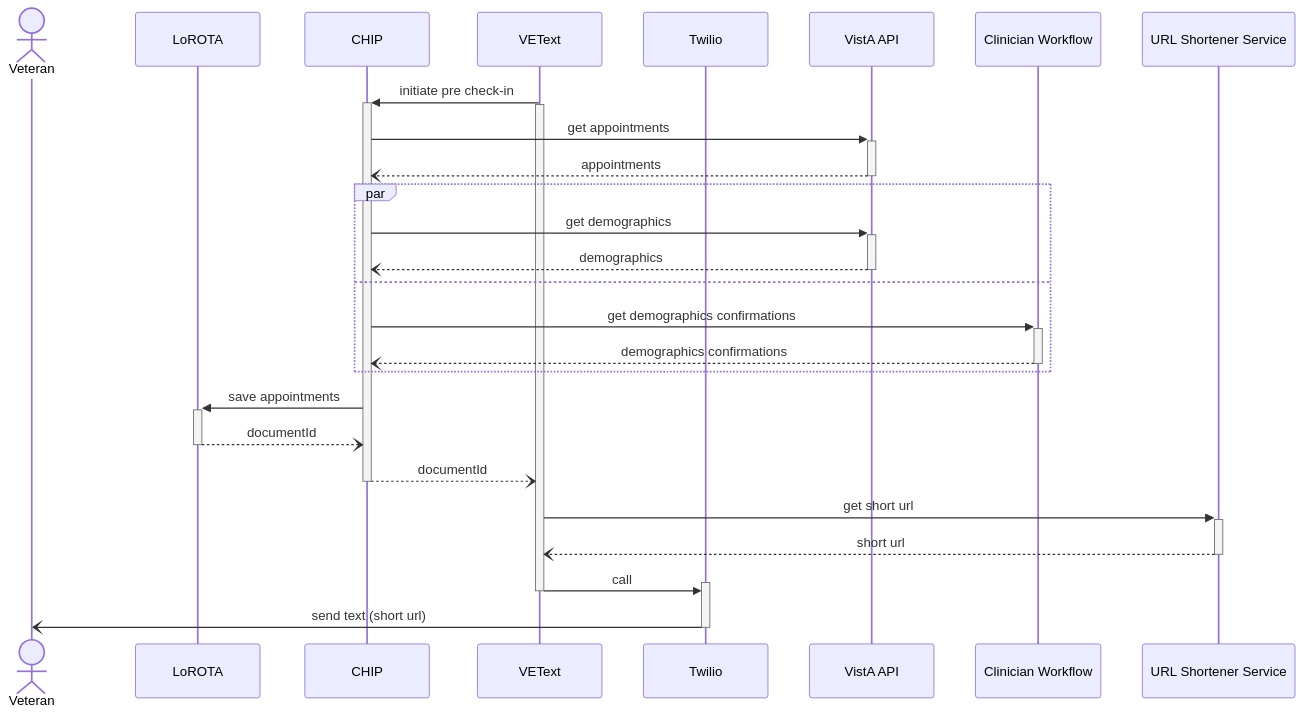
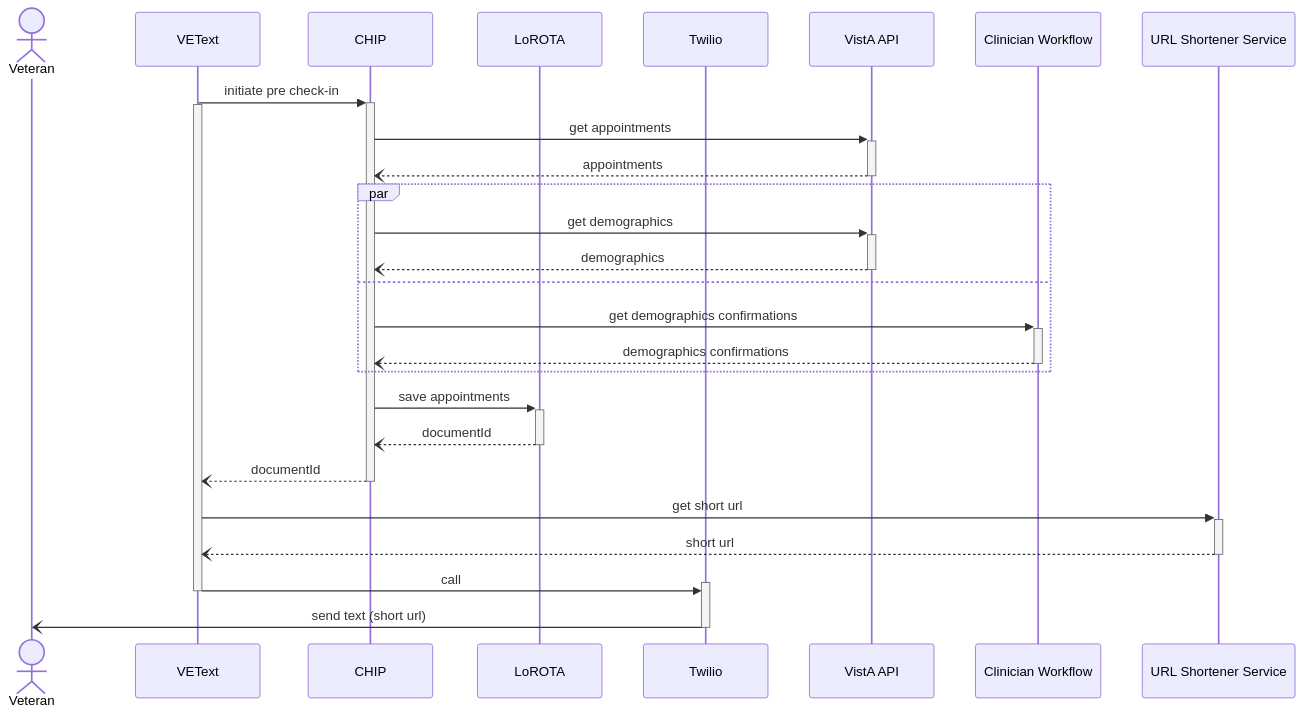
Before and after one commit to department-of-veterans-affairs/va.gov-team: the first of 4 diagrams in products/health-care/checkin/engineering/architecture-diagrams/sequenceDiagram_preCheckInExp.md, drawn with Mermaid. The commit also changed other lines of this file, not shown here.

````diff
--- a/products/health-care/checkin/engineering/architecture-diagrams/sequenceDiagram_preCheckInExp.md
+++ b/products/health-care/checkin/engineering/architecture-diagrams/sequenceDiagram_preCheckInExp.md
@@ -6,31 +6,31 @@
 ```mermaid
 sequenceDiagram
     actor vet as Veteran
+    participant vt as VEText
+    participant c as CHIP
     participant l as LoROTA
-    participant c as CHIP
-    participant vt as VEText
     participant t as Twilio
     participant va as VistA API
     participant cw as Clinician Workflow
     participant url as URL Shortener Service
 
     vt->>+c: initiate pre check-in
     activate vt
     c->>+va: get appointments
     va--)-c: appointments
     par
     c->>+va: get demographics
     va--)-c: demographics
     and
     c->>+cw: get demographics confirmations
     cw--)-c: demographics confirmations
     end
     c->>+l: save appointments
     l--)-c: documentId
     c--)-vt: documentId
     vt->>+url: get short url
     url--)-vt: short url
     vt->>+t: call
     deactivate vt
     t-)-vet: send text (short url)
 ```
````
